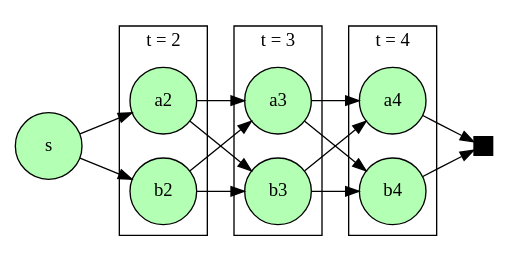
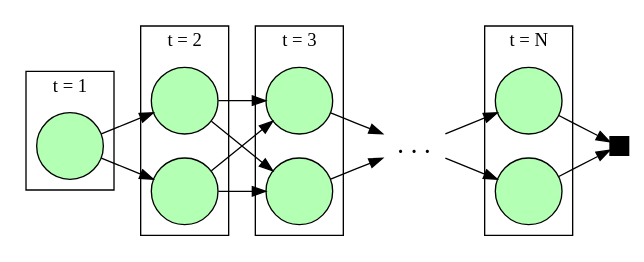
One commit to iagoleal/iagoleal.github.io changed the third of 4 diagrams in content/unposts/dynamic-programming.md. Above: the diagram before and after it, drawn with Graphviz. The commit also changed other lines of this file, not shown here.

````diff
--- a/content/unposts/dynamic-programming.md
+++ b/content/unposts/dynamic-programming.md
@@ -269,35 +321,48 @@
 ```dot
 digraph "State over Time" {
   rankdir=LR;
   size="8,5"
 
   T [label = "" width=0.2 style=filled, color = black, fillcolor = black, shape = square];
 
   node [shape     = circle
         style     = "solid,filled"
         width     = 0.7
         color     = black
         fixedsize = shape
-        fillcolor = "#B3FFB3"];
+        fillcolor = "#B3FFB3"
+        label     = ""];
+
+  subgraph cluster_1 {
+    rank = same;
+    label="t = 1";
+    s;
+  }
 
   subgraph cluster_2 {
     rank = same;
     label="t = 2";
     a2; b2;
   }
 
   subgraph cluster_3 {
     rank = same;
     label="t = 3";
     a3; b3;
   }
 
-  subgraph cluster_4 {
+  subgraph cluster_N {
     rank = same;
-    label="t = 4";
+    label="t = N";
     a4; b4;
   }
 
-  s -> {a2 b2} -> {a3 b3} -> {a4 b4} ->  T;
+  subgraph cluster_ldots {
+    rank = same;
+    style = invis;
+    k [fontsize=20 color = "#00000000" fillcolor= "#00000000" label = ". . ."];
+  }
+
+  s -> {a2 b2} -> {a3 b3} -> k -> {a4 b4} -> T;
 }
 ```
````
